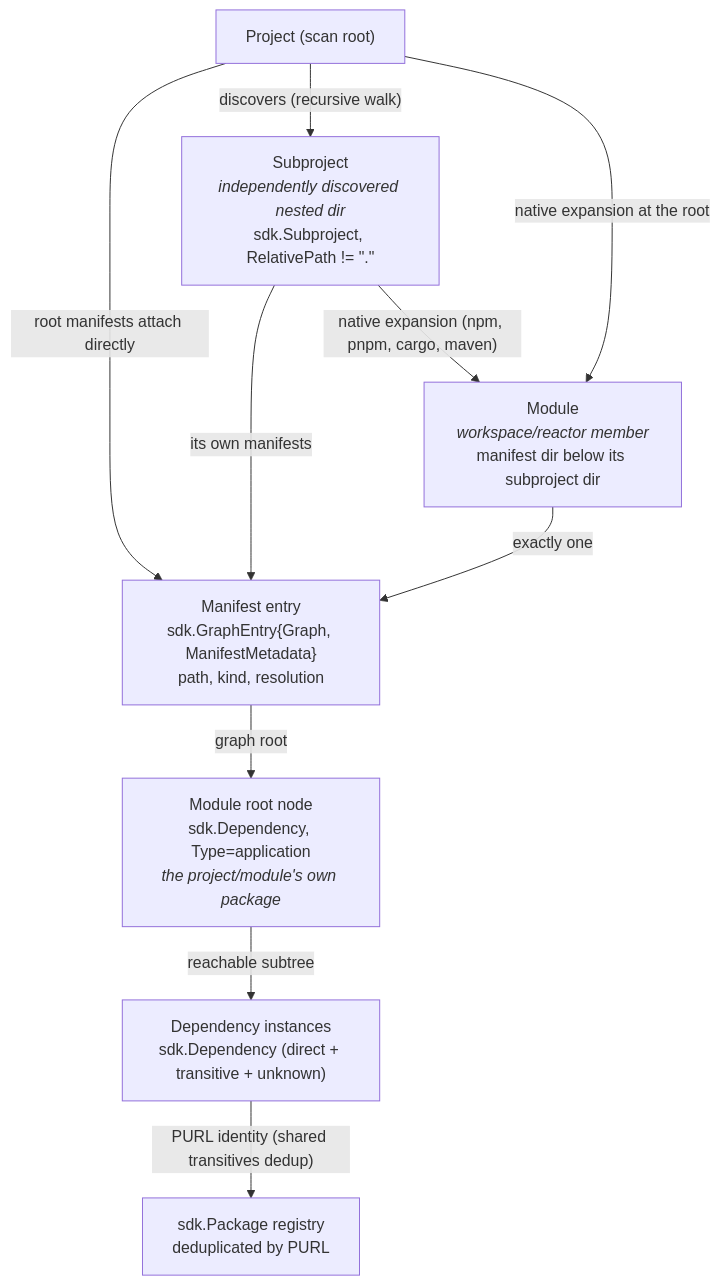
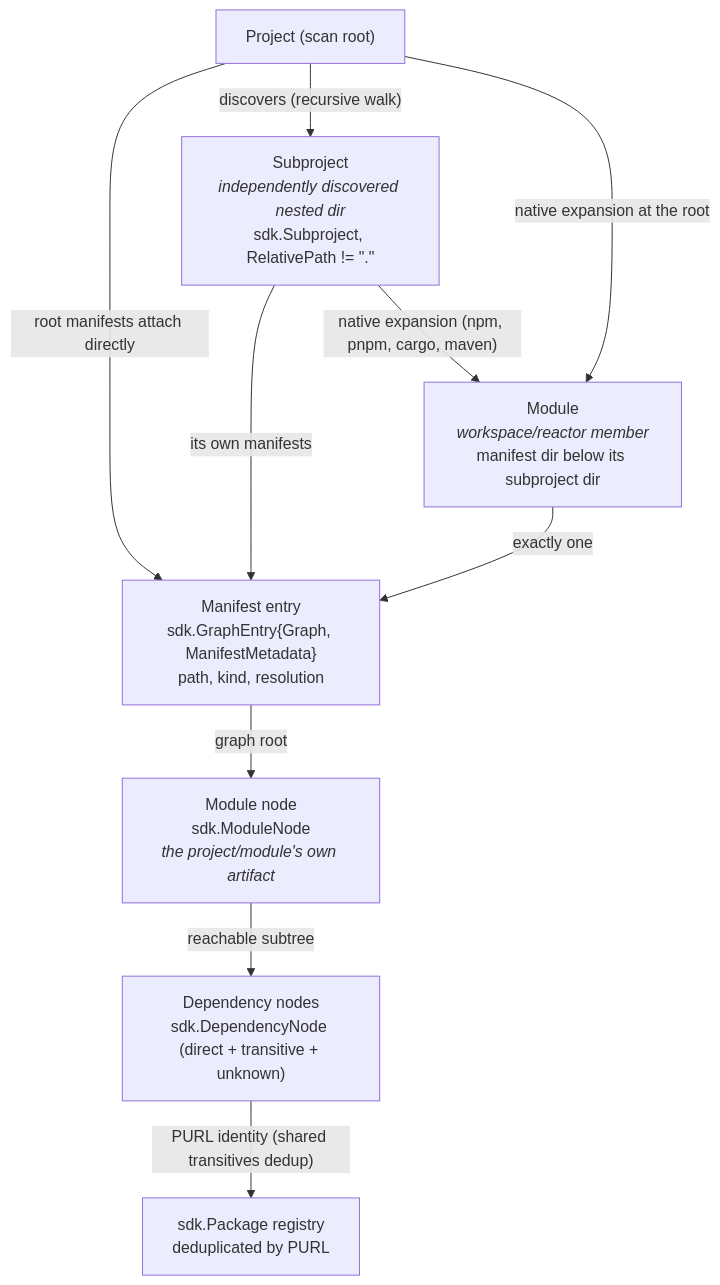
Before and after one commit to bomly-dev/bomly-cli: the second of 2 diagrams in dev-docs/MODELS.md, drawn with Mermaid. The commit also changed other lines of this file and 10 other files, not shown here.

````diff
--- a/dev-docs/MODELS.md
+++ b/dev-docs/MODELS.md
@@ -40,20 +40,20 @@
 ```mermaid
 flowchart TD
     PR["Project (scan root)"]
     SP["Subproject<br/><i>independently discovered nested dir</i><br/>sdk.Subproject, RelativePath != &quot;.&quot;"]
     MOD["Module<br/><i>workspace/reactor member</i><br/>manifest dir below its subproject dir"]
     MAN["Manifest entry<br/>sdk.GraphEntry{Graph, ManifestMetadata}<br/>path, kind, resolution"]
-    ROOT["Module root node<br/>sdk.Dependency, Type=application<br/><i>the project/module's own package</i>"]
-    DEP["Dependency instances<br/>sdk.Dependency (direct + transitive + unknown)"]
+    ROOT["Module node<br/>sdk.ModuleNode<br/><i>the project/module's own artifact</i>"]
+    DEP["Dependency nodes<br/>sdk.DependencyNode (direct + transitive + unknown)"]
     PKG["sdk.Package registry<br/>deduplicated by PURL"]
 
     PR -->|"discovers (recursive walk)"| SP
     PR -->|"root manifests attach directly"| MAN
     SP -->|"its own manifests"| MAN
     SP -->|"native expansion (npm, pnpm, cargo, maven)"| MOD
     PR -->|"native expansion at the root"| MOD
     MOD -->|"exactly one"| MAN
     MAN -->|"graph root"| ROOT
     ROOT -->|"reachable subtree"| DEP
     DEP -->|"PURL identity (shared transitives dedup)"| PKG
 ```
````
